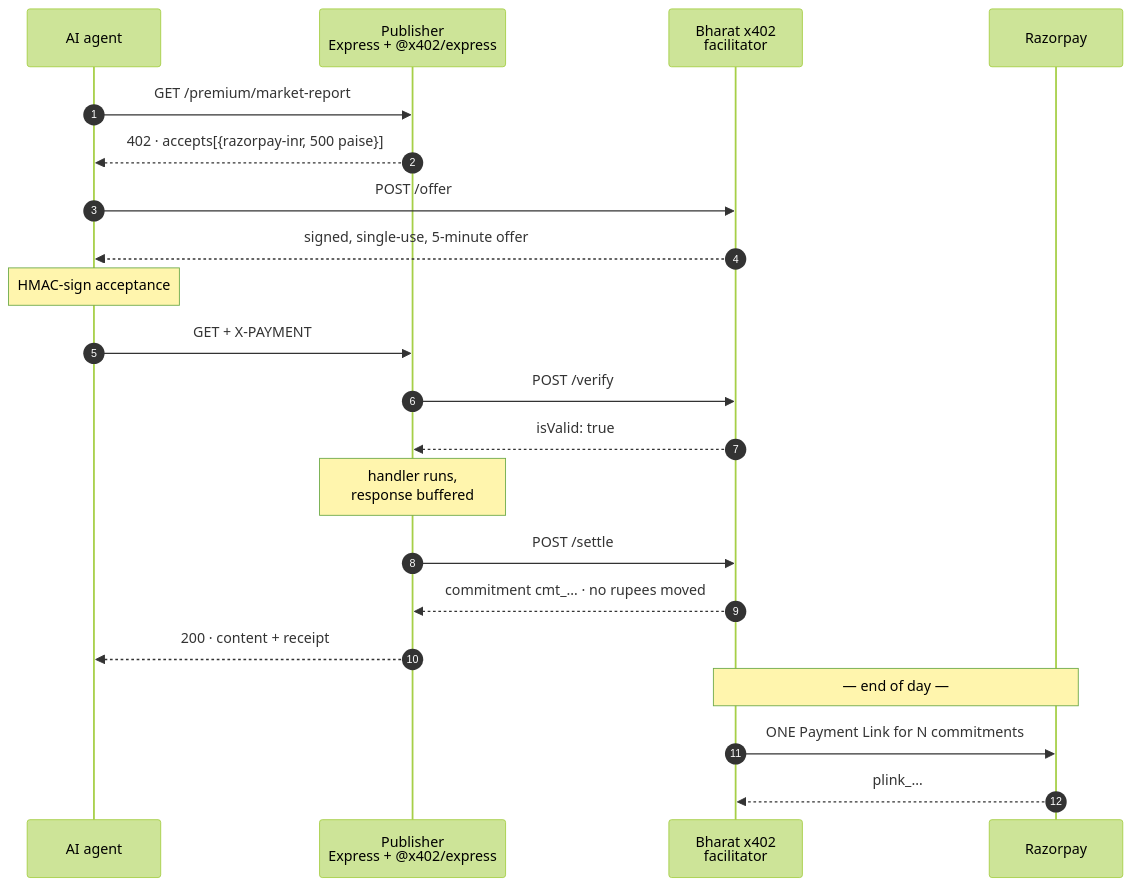
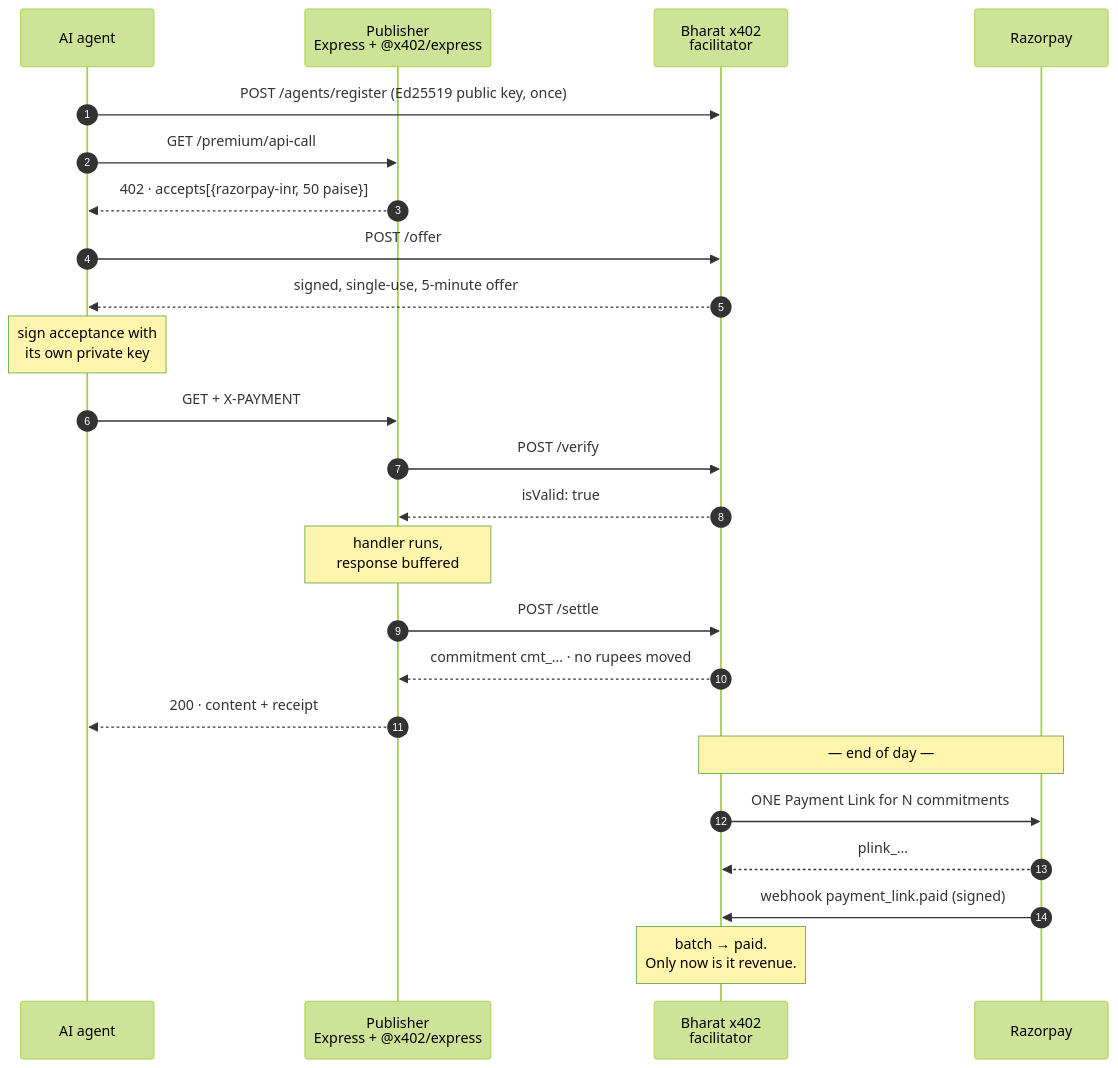
One commit to MEGA-M1ND/Bharat-x402 changed the diagram in README.md. Above: the diagram before and after it, drawn with Mermaid (forest theme). The commit also changed other lines of this file and 30 other files, not shown here.

````diff
--- a/README.md
+++ b/README.md
@@ -82,24 +124,27 @@
 ```mermaid
 sequenceDiagram
     autonumber
     participant A as AI agent
     participant P as Publisher<br/>Express + @x402/express
     participant F as Bharat x402<br/>facilitator
     participant R as Razorpay
 
-    A->>P: GET /premium/market-report
-    P-->>A: 402 · accepts[{razorpay-inr, 500 paise}]
+    A->>F: POST /agents/register (Ed25519 public key, once)
+    A->>P: GET /premium/api-call
+    P-->>A: 402 · accepts[{razorpay-inr, 50 paise}]
     A->>F: POST /offer
     F-->>A: signed, single-use, 5-minute offer
-    Note over A: HMAC-sign acceptance
+    Note over A: sign acceptance with<br/>its own private key
     A->>P: GET + X-PAYMENT
     P->>F: POST /verify
     F-->>P: isValid: true
     Note over P: handler runs,<br/>response buffered
     P->>F: POST /settle
     F-->>P: commitment cmt_… · no rupees moved
     P-->>A: 200 · content + receipt
     Note over F,R: — end of day —
     F->>R: ONE Payment Link for N commitments
     R-->>F: plink_…
+    R->>F: webhook payment_link.paid (signed)
+    Note over F: batch → paid.<br/>Only now is it revenue.
 ```
````
